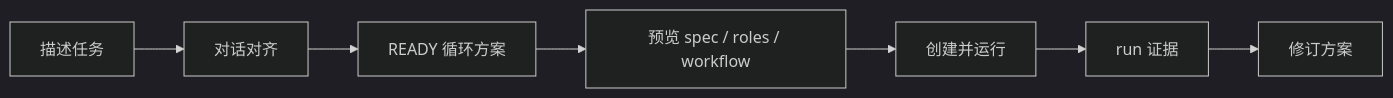
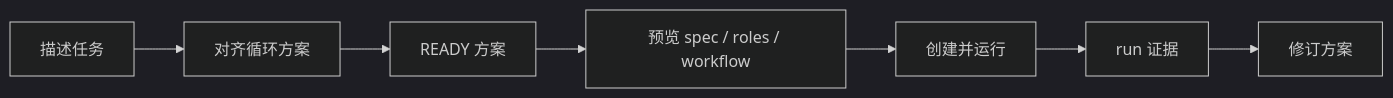
The diagram in README.zh-CN.md (huyusong10/Liminal), drawn with Mermaid (dark theme) before and after one commit. The commit also changed other lines of this file and 36 other files, not shown here.

````diff
--- a/README.zh-CN.md
+++ b/README.zh-CN.md
@@ -102,9 +124,9 @@
 ```mermaid
 flowchart LR
-    A["描述任务"] --> B["对话对齐"]
-    B --> C["READY 循环方案"]
+    A["描述任务"] --> B["对齐循环方案"]
+    B --> C["READY 方案"]
     C --> D["预览 spec / roles / workflow"]
     D --> E["创建并运行"]
     E --> F["run 证据"]
     F --> G["修订方案"]
 ```
````
